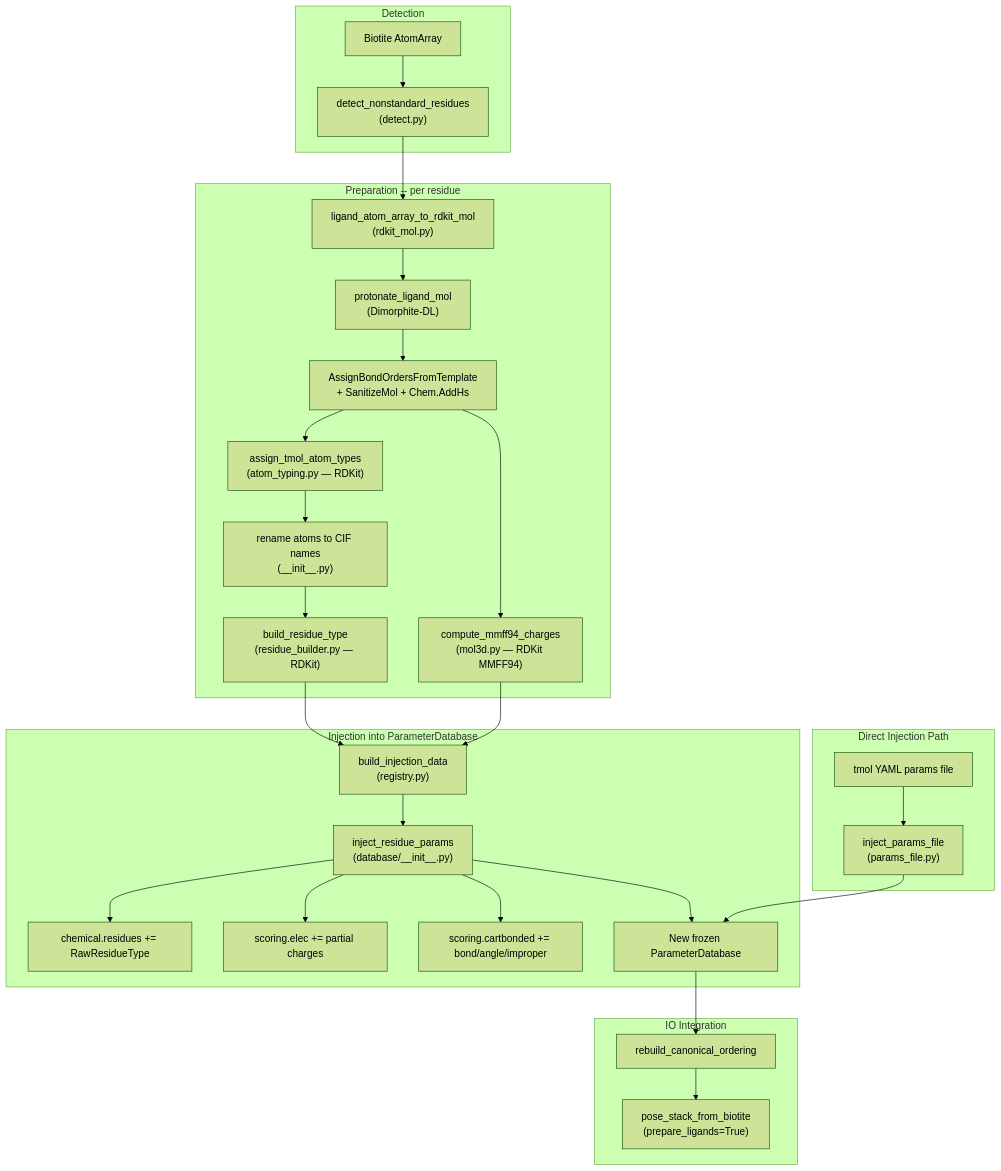
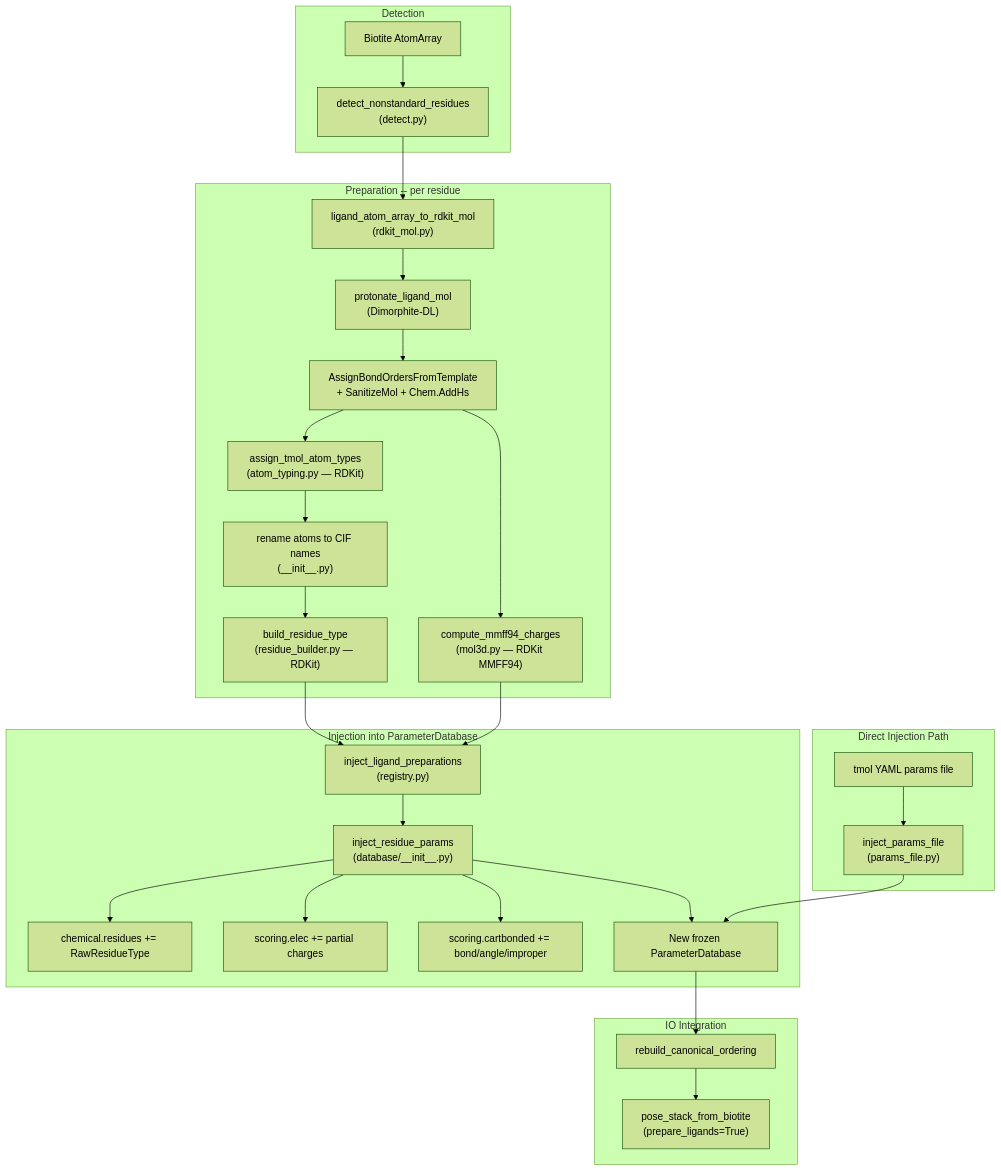
The diagram in tmol/ligand/README.md (uw-ipd/tmol), drawn with Mermaid (forest theme) before and after one commit. The commit also changed other lines of this file and 9 other files, not shown here.

````diff
--- a/tmol/ligand/README.md
+++ b/tmol/ligand/README.md
@@ -9,38 +9,38 @@
 ```mermaid
 flowchart TD
     subgraph detection [Detection]
         A["Biotite AtomArray"] --> B["detect_nonstandard_residues\n(detect.py)"]
     end
 
     subgraph preparation [Preparation -- per residue]
         B --> C["ligand_atom_array_to_rdkit_mol\n(rdkit_mol.py)"]
         C --> D["protonate_ligand_mol\n(Dimorphite-DL)"]
         D --> E["AssignBondOrdersFromTemplate\n+ SanitizeMol + Chem.AddHs"]
 
         E --> F["compute_mmff94_charges\n(mol3d.py — RDKit MMFF94)"]
         E --> H["assign_tmol_atom_types\n(atom_typing.py — RDKit)"]
         H --> I["rename atoms to CIF names\n(__init__.py)"]
         I --> J["build_residue_type\n(residue_builder.py — RDKit)"]
     end
 
     subgraph injection [Injection into ParameterDatabase]
-        J --> K["build_injection_data\n(registry.py)"]
+        J --> K["inject_ligand_preparations\n(registry.py)"]
         F --> K
 
         K --> L["inject_residue_params\n(database/__init__.py)"]
         L --> L1["chemical.residues += RawResidueType"]
         L --> L2["scoring.elec += partial charges"]
         L --> L3["scoring.cartbonded += bond/angle/improper"]
         L --> M["New frozen ParameterDatabase"]
     end
 
     subgraph io [IO Integration]
         M --> N["rebuild_canonical_ordering"]
         N --> O["pose_stack_from_biotite\n(prepare_ligands=True)"]
     end
 
     subgraph direct [Direct Injection Path]
         P["tmol YAML params file"] --> Q["inject_params_file\n(params_file.py)"]
         Q --> M
     end
 ```
````
